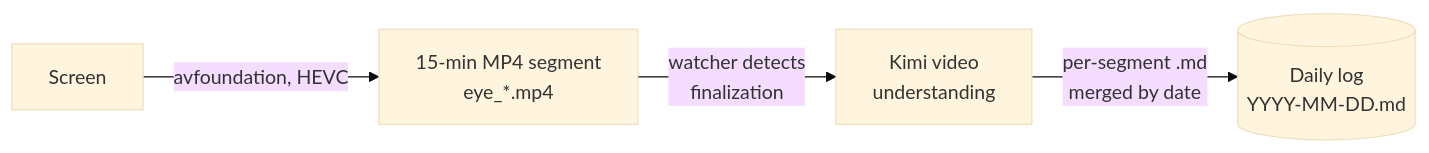
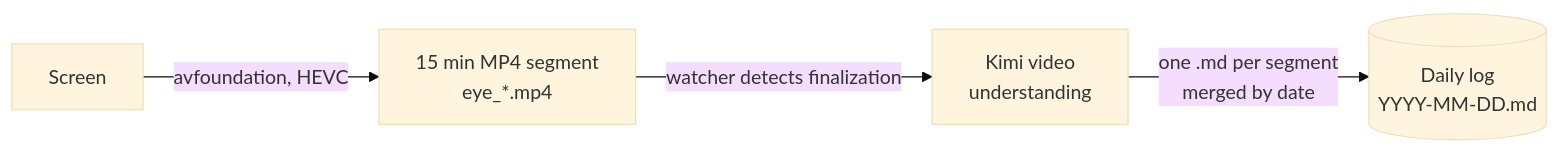
Before and after one commit to oilbeater/visual-base: the diagram in README.md, drawn with Mermaid (base theme). The commit also changed other lines of this file, not shown here.

First line of the commit message:
docs: rewrite README in plainer prose and install kimi-cli upfront

````diff
--- a/README.md
+++ b/README.md
@@ -28,6 +30,6 @@
 ```mermaid
 flowchart LR
-    S[Screen] -->|avfoundation, HEVC| V["15-min MP4 segment<br/>eye_*.mp4"]
-    V -->|watcher detects<br/>finalization| K["Kimi video<br/>understanding"]
-    K -->|per-segment .md<br/>merged by date| D[("Daily log<br/>YYYY-MM-DD.md")]
+    S[Screen] -->|avfoundation, HEVC| V["15 min MP4 segment<br/>eye_*.mp4"]
+    V -->|watcher detects finalization| K["Kimi video<br/>understanding"]
+    K -->|one .md per segment<br/>merged by date| D[("Daily log<br/>YYYY-MM-DD.md")]
 ```
````
